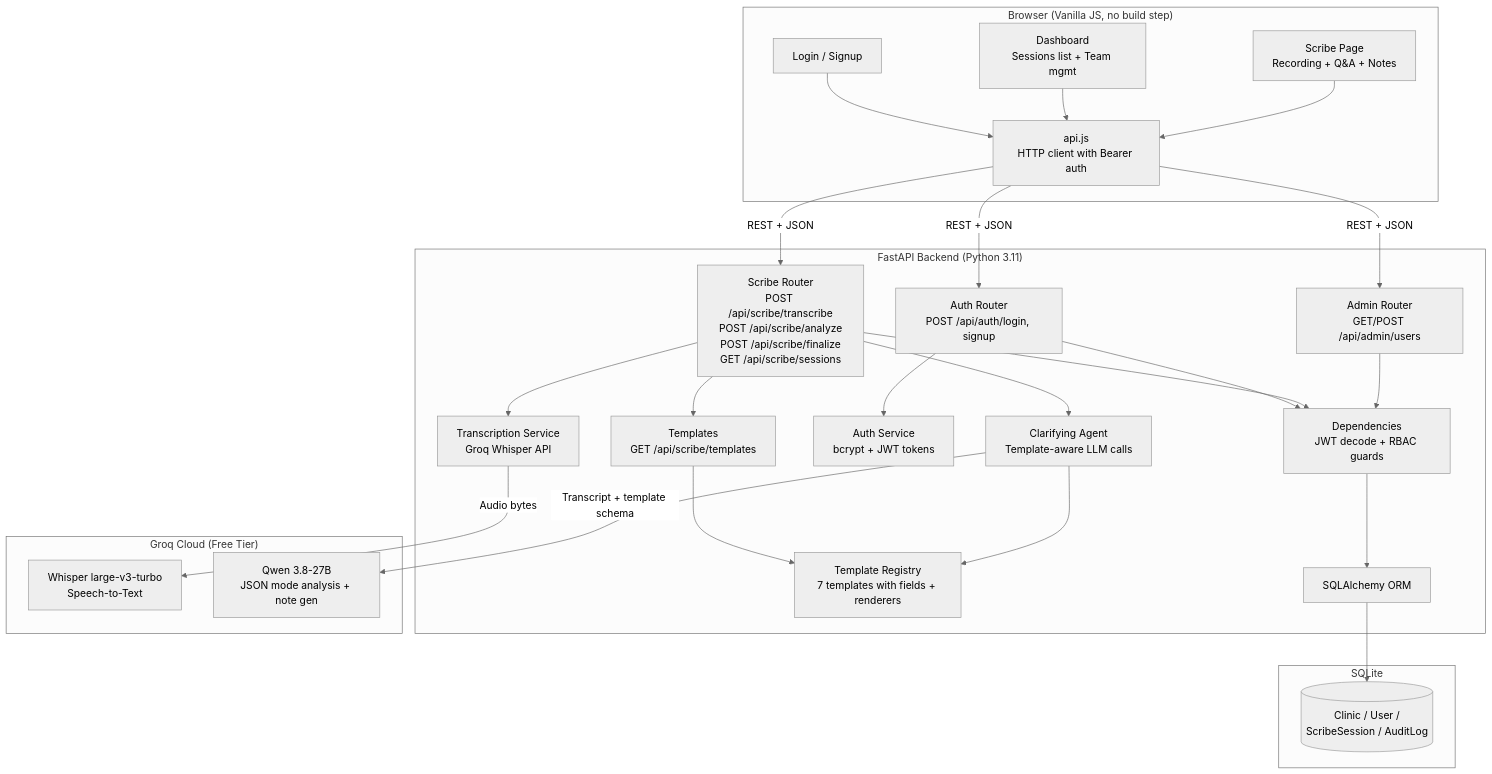
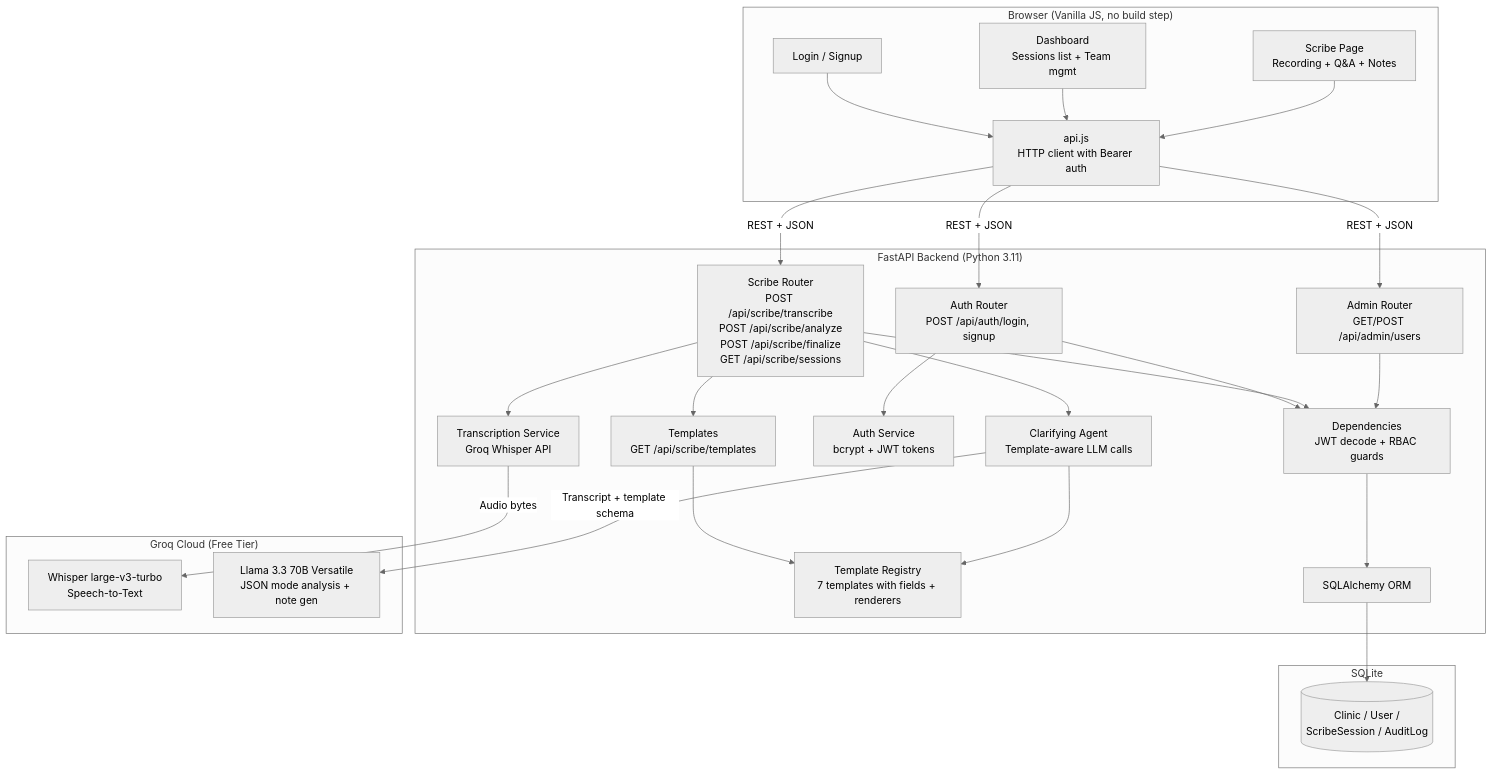
Before and after one commit to mihirgediya2001/milya-scribe-plus: the first of 4 diagrams in README.md, drawn with Mermaid (neutral theme). The commit also changed other lines of this file and 2 other files, not shown here.

Commit message:
Switch LLM to Llama 3.3 70B (higher Groq free tier limits)
Qwen 3.8-27B hits 1000 OTPM rate limit on Groq free tier.
Llama 3.3 70B has 6000+ OTPM, preventing analysis failures.

````diff
--- a/README.md
+++ b/README.md
@@ -24,46 +24,46 @@
 ```mermaid
 graph TB
     subgraph Client["Browser (Vanilla JS, no build step)"]
         LOGIN[Login / Signup]
         DASH[Dashboard<br>Sessions list + Team mgmt]
         SCRIBE[Scribe Page<br>Recording + Q&A + Notes]
         API_JS[api.js<br>HTTP client with Bearer auth]
     end
 
     subgraph Server["FastAPI Backend (Python 3.11)"]
         AUTH[Auth Router<br>POST /api/auth/login, signup]
         SCRIBE_R[Scribe Router<br>POST /api/scribe/transcribe<br>POST /api/scribe/analyze<br>POST /api/scribe/finalize<br>GET /api/scribe/sessions]
         ADMIN_R[Admin Router<br>GET/POST /api/admin/users]
         TMPL_R[Templates<br>GET /api/scribe/templates]
         DEPS[Dependencies<br>JWT decode + RBAC guards]
         SVC_AUTH[Auth Service<br>bcrypt + JWT tokens]
         SVC_STT[Transcription Service<br>Groq Whisper API]
         SVC_AGENT[Clarifying Agent<br>Template-aware LLM calls]
         TMPL_REG[Template Registry<br>7 templates with fields + renderers]
         MODELS[SQLAlchemy ORM]
     end
 
     subgraph AI["Groq Cloud (Free Tier)"]
         WHISPER[Whisper large-v3-turbo<br>Speech-to-Text]
-        QWEN[Qwen 3.8-27B<br>JSON mode analysis + note gen]
+        LLAMA[Llama 3.3 70B Versatile<br>JSON mode analysis + note gen]
     end
 
     subgraph DB["SQLite"]
         TABLES[(Clinic / User /<br>ScribeSession / AuditLog)]
     end
 
     LOGIN --> API_JS
     DASH --> API_JS
     SCRIBE --> API_JS
     API_JS -->|REST + JSON| AUTH
     API_JS -->|REST + JSON| SCRIBE_R
     API_JS -->|REST + JSON| ADMIN_R
     AUTH --> DEPS --> MODELS --> TABLES
     SCRIBE_R --> DEPS
     ADMIN_R --> DEPS
     SCRIBE_R --> SVC_STT -->|Audio bytes| WHISPER
-    SCRIBE_R --> SVC_AGENT -->|Transcript + template schema| QWEN
+    SCRIBE_R --> SVC_AGENT -->|Transcript + template schema| LLAMA
     SCRIBE_R --> TMPL_R --> TMPL_REG
     SVC_AGENT --> TMPL_REG
     AUTH --> SVC_AUTH
 ```
````
